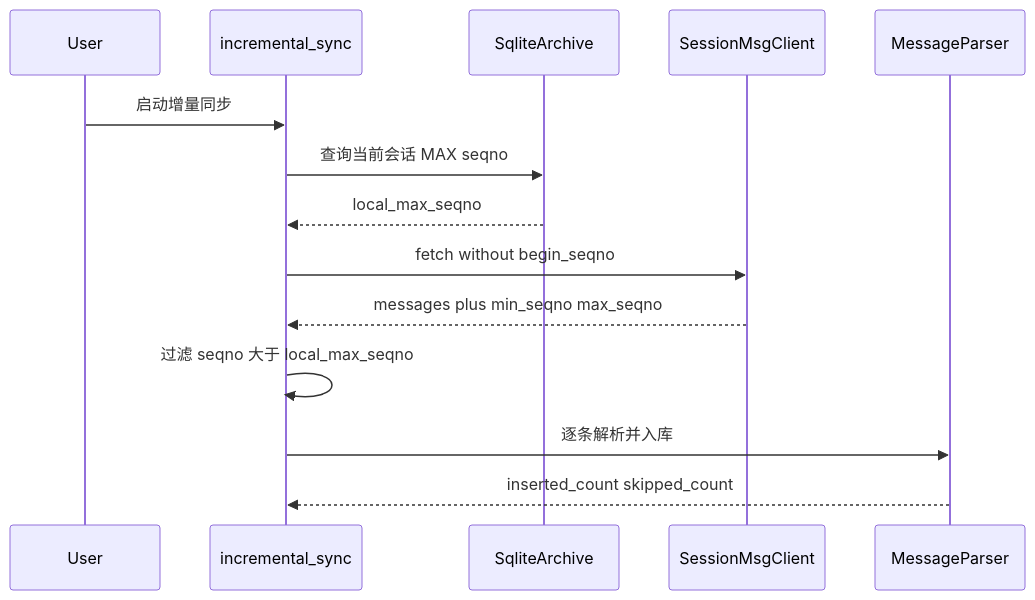
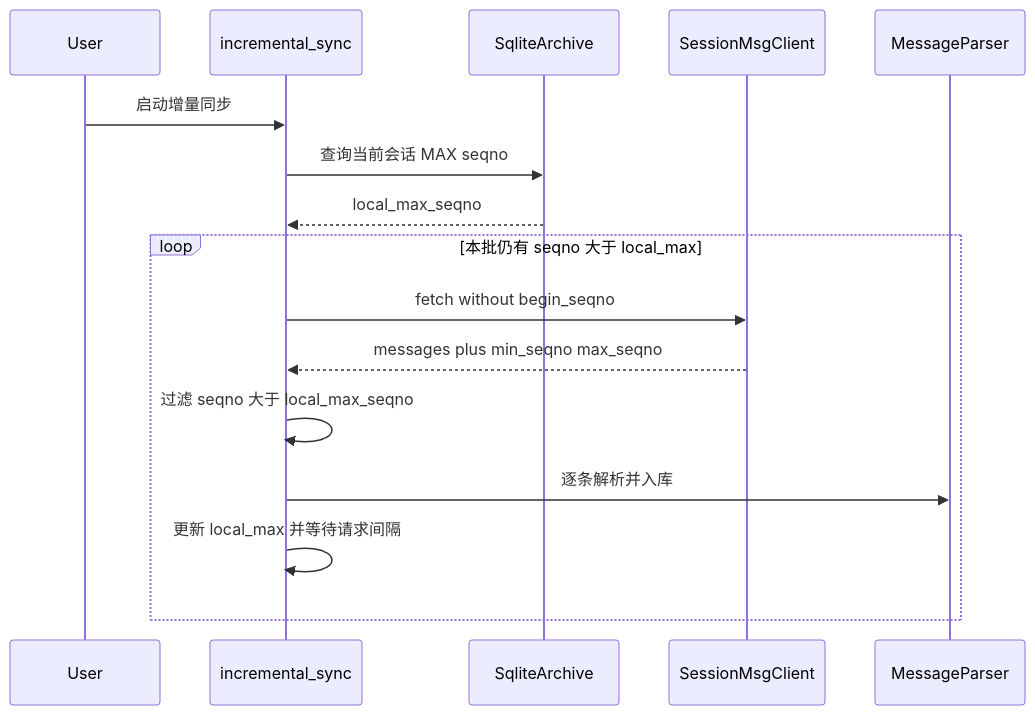
Before and after one commit to FireStar0507/bilibili_news_api: the second of 3 diagrams in .monkeycode/specs/first/design.md, drawn with Mermaid. The commit also changed other lines of this file and 1 other file, not shown here.

````diff
--- a/.monkeycode/specs/first/design.md
+++ b/.monkeycode/specs/first/design.md
@@ -59,17 +60,19 @@
 ```mermaid
 sequenceDiagram
     participant User
     participant Inc as incremental_sync
     participant DB as SqliteArchive
     participant API as SessionMsgClient
     participant Parser as MessageParser
 
     User->>Inc: 启动增量同步
     Inc->>DB: 查询当前会话 MAX seqno
     DB-->>Inc: local_max_seqno
-    Inc->>API: fetch without begin_seqno
-    API-->>Inc: messages plus min_seqno max_seqno
-    Inc->>Inc: 过滤 seqno 大于 local_max_seqno
-    Inc->>Parser: 逐条解析并入库
-    Parser-->>Inc: inserted_count skipped_count
+    loop 本批仍有 seqno 大于 local_max
+        Inc->>API: fetch without begin_seqno
+        API-->>Inc: messages plus min_seqno max_seqno
+        Inc->>Inc: 过滤 seqno 大于 local_max_seqno
+        Inc->>Parser: 逐条解析并入库
+        Inc->>Inc: 更新 local_max 并等待请求间隔
+    end
 ```
````
